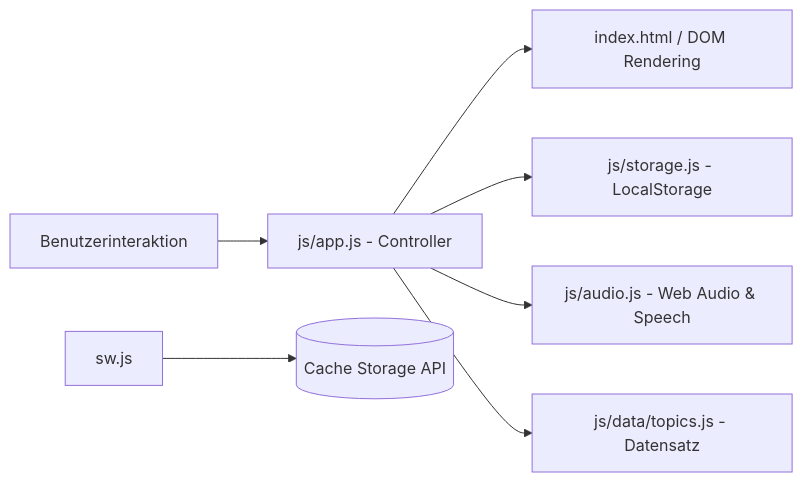
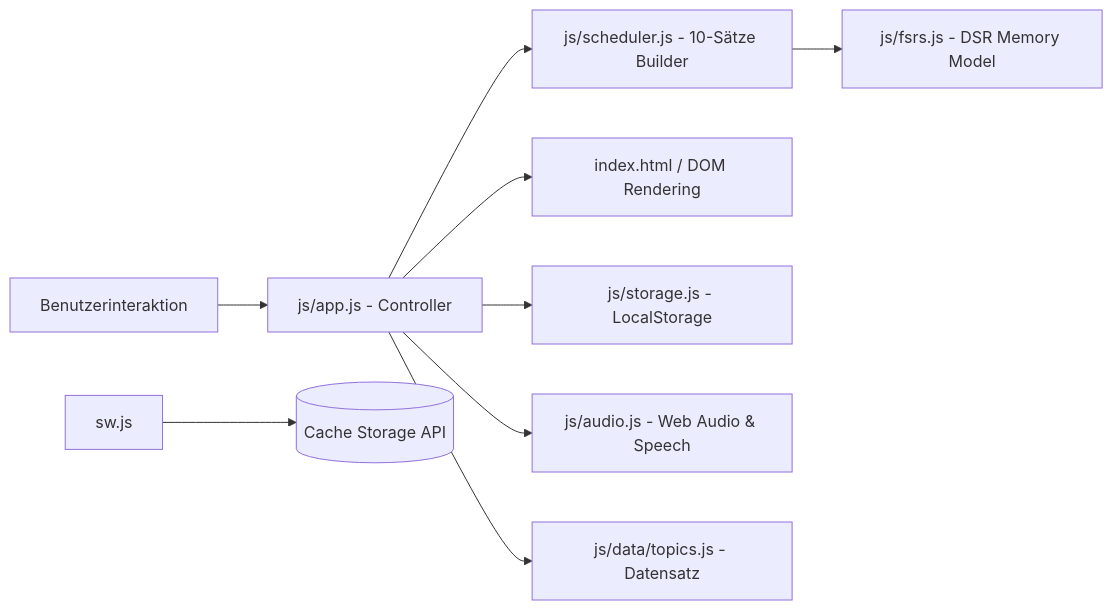
Before and after one commit to bogdangi/Deutschify: the diagram in docs/ARCHITECTURE.md, drawn with Mermaid. The commit also changed other lines of this file and 1 other file, not shown here.

Commit message:
Add FSRS

````diff
--- a/docs/ARCHITECTURE.md
+++ b/docs/ARCHITECTURE.md
@@ -32,9 +34,11 @@
 ```mermaid
 flowchart LR
     User[Benutzerinteraktion] --> App[js/app.js - Controller]
+    App --> Scheduler[js/scheduler.js - 10-Sätze Builder]
+    Scheduler --> FSRS[js/fsrs.js - DSR Memory Model]
     App --> UI[index.html / DOM Rendering]
     App --> Storage[js/storage.js - LocalStorage]
     App --> Audio[js/audio.js - Web Audio & Speech]
     App --> Data[js/data/topics.js - Datensatz]
     ServiceWorker[sw.js] --> Cache[(Cache Storage API)]
 ```
````
